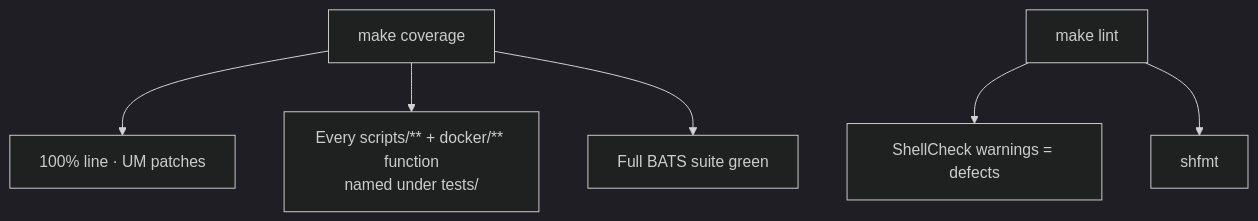
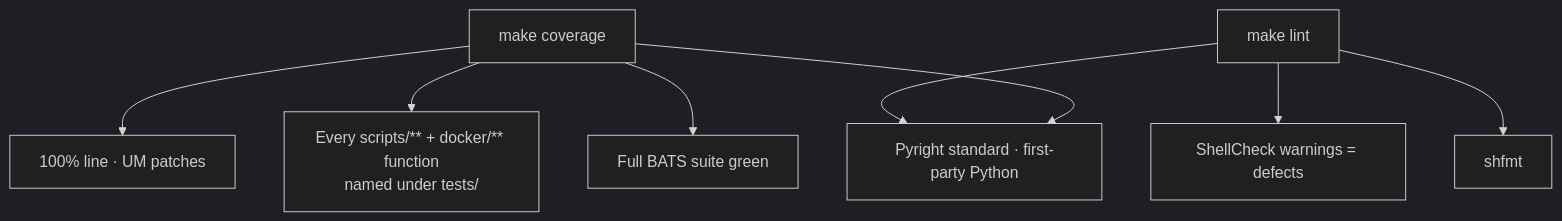
Before and after one commit to toxicoder/ez-comfy-stack: the fifth of 6 diagrams in docs/project-conventions.md, drawn with Mermaid (dark theme). The commit also changed other lines of this file and 25 other files, not shown here.

First line of the commit message:
test: add Pyright (Pylance) to the local test and lint gate

````diff
--- a/docs/project-conventions.md
+++ b/docs/project-conventions.md
@@ -215,8 +218,10 @@
 ```mermaid
 flowchart TB
   Cov["make coverage"] --> Py["100% line · UM patches"]
+  Cov --> Pyright["Pyright standard · first-party Python"]
   Cov --> Shell["Every scripts/** + docker/** function<br/>named under tests/"]
   Cov --> Bats["Full BATS suite green"]
   Lint["make lint"] --> SC["ShellCheck warnings = defects"]
   Lint --> Fmt["shfmt"]
+  Lint --> Pyright
 ```
````
